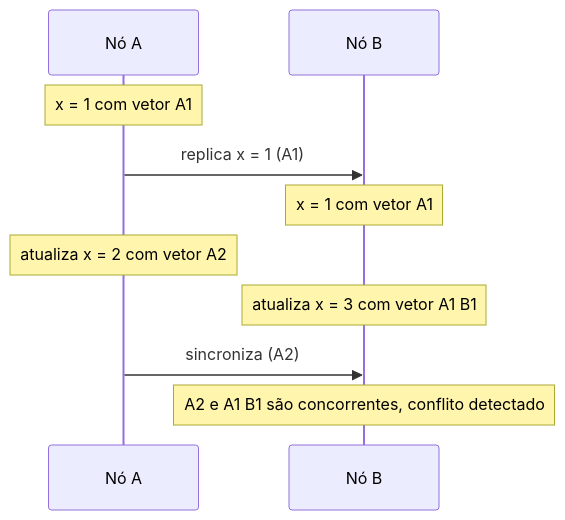
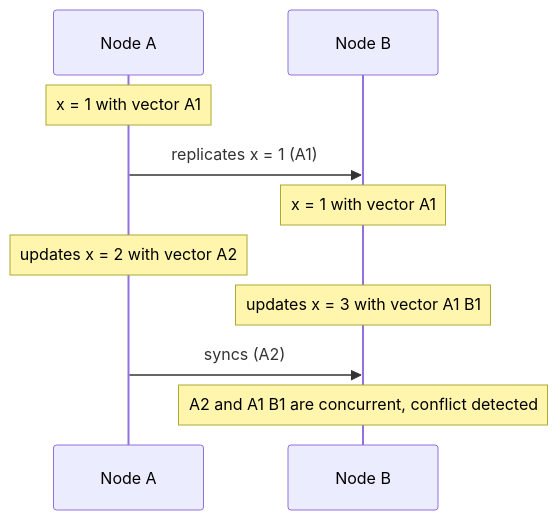
One commit to alancesar/design-patterns changed the diagram in docs/architecture/distributed-systems/data-replication/version-vector.md. Above: the diagram before and after it, drawn with Mermaid. The commit also changed 258 other files, not shown here.

First line of the commit message:
Translate Mermaid diagrams to English

````diff
--- a/docs/architecture/distributed-systems/data-replication/version-vector.md
+++ b/docs/architecture/distributed-systems/data-replication/version-vector.md
@@ -51,12 +51,12 @@
 ```mermaid
 sequenceDiagram
-    participant A as Nó A
-    participant B as Nó B
-    Note over A: x = 1 com vetor A1
-    A->>B: replica x = 1 (A1)
-    Note over B: x = 1 com vetor A1
-    Note over A: atualiza x = 2 com vetor A2
-    Note over B: atualiza x = 3 com vetor A1 B1
-    A->>B: sincroniza (A2)
-    Note over B: A2 e A1 B1 são concorrentes, conflito detectado
+    participant A as Node A
+    participant B as Node B
+    Note over A: x = 1 with vector A1
+    A->>B: replicates x = 1 (A1)
+    Note over B: x = 1 with vector A1
+    Note over A: updates x = 2 with vector A2
+    Note over B: updates x = 3 with vector A1 B1
+    A->>B: syncs (A2)
+    Note over B: A2 and A1 B1 are concurrent, conflict detected
 ```
````
